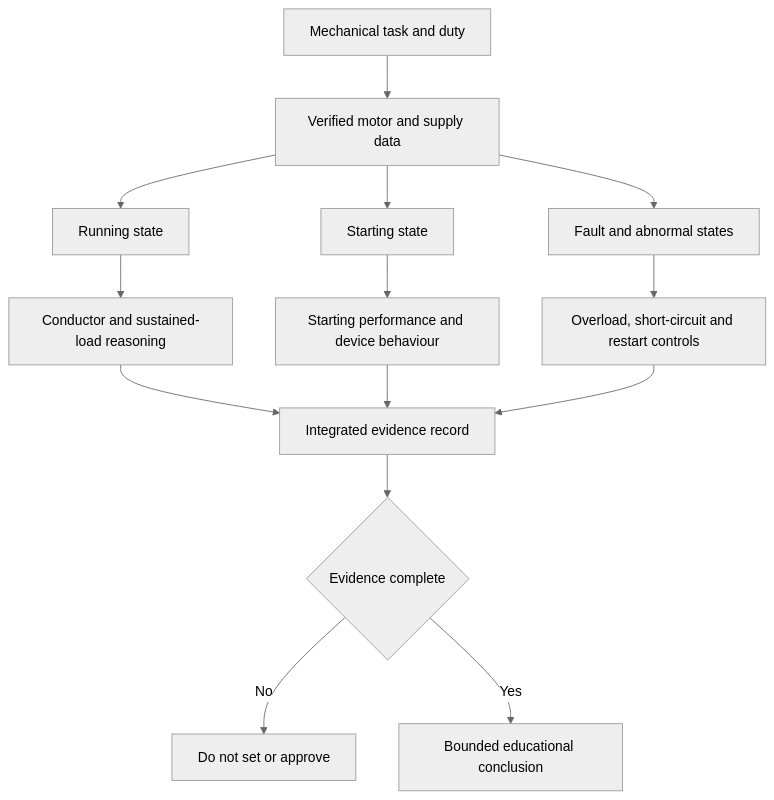
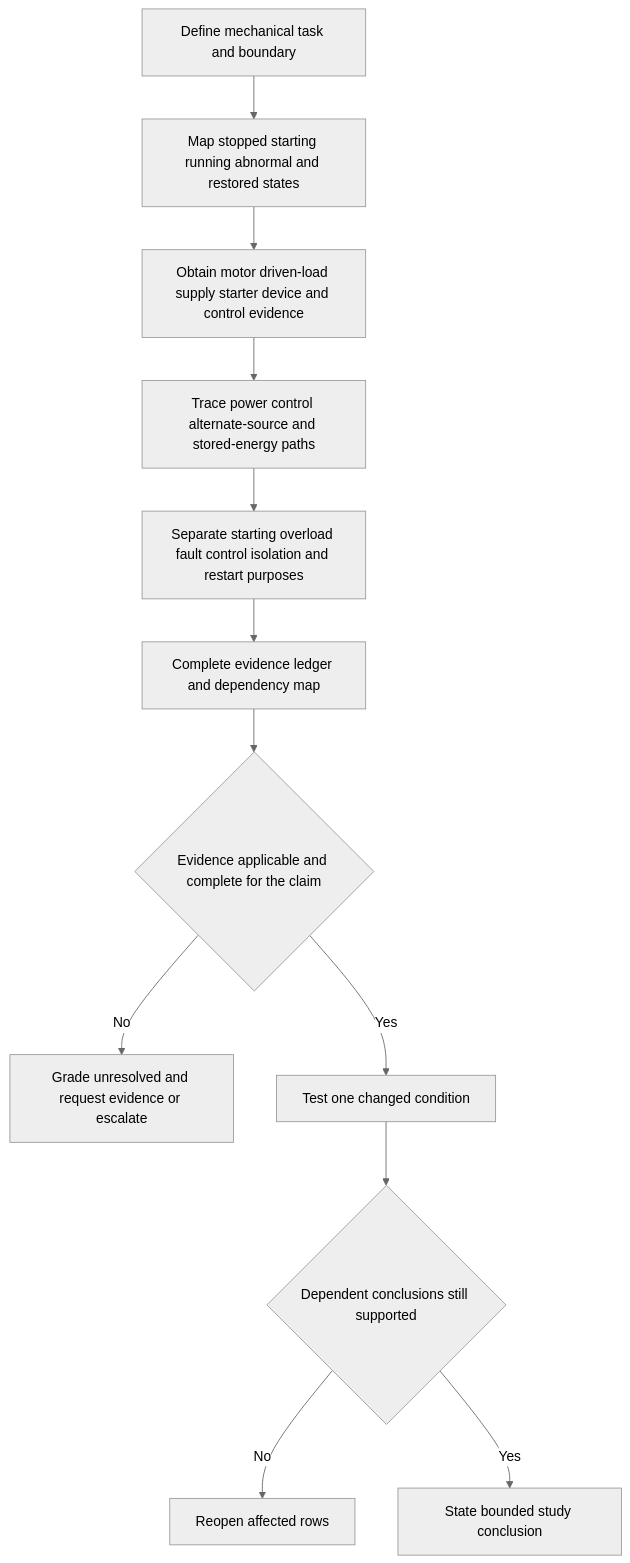
Before and after one commit to andrew3stedall/capstone: the first of 2 diagrams in docs/learning-plans/6-week/modules/day-32-motors-starting-conditions-and-associated-protection-concepts.md, drawn with Mermaid (neutral theme). The commit also changed other lines of this file and 4 other files, not shown here.

Commit message:
Improve Day 32 motor state and protection reasoning

````diff
--- a/docs/learning-plans/6-week/modules/day-32-motors-starting-conditions-and-associated-protection-concepts.md
+++ b/docs/learning-plans/6-week/modules/day-32-motors-starting-conditions-and-associated-protection-concepts.md
@@ -54,16 +114,14 @@
 ```mermaid
 flowchart TD
-    A[Mechanical task and duty] --> B[Verified motor and supply data]
-    B --> C[Running state]
-    B --> D[Starting state]
-    B --> E[Fault and abnormal states]
-    C --> F[Conductor and sustained-load reasoning]
-    D --> G[Starting performance and device behaviour]
-    E --> H[Overload, short-circuit and restart controls]
-    F --> I[Integrated evidence record]
-    G --> I
-    H --> I
-    I --> J{Evidence complete}
-    J -->|No| K[Do not set or approve]
-    J -->|Yes| L[Bounded educational conclusion]
+    A[Define mechanical task and boundary] --> B[Map stopped starting running abnormal and restored states]
+    B --> C[Obtain motor driven-load supply starter device and control evidence]
+    C --> D[Trace power control alternate-source and stored-energy paths]
+    D --> E[Separate starting overload fault control isolation and restart purposes]
+    E --> F[Complete evidence ledger and dependency map]
+    F --> G{Evidence applicable and complete for the claim}
+    G -->|No| H[Grade unresolved and request evidence or escalate]
+    G -->|Yes| I[Test one changed condition]
+    I --> J{Dependent conclusions still supported}
+    J -->|No| K[Reopen affected rows]
+    J -->|Yes| L[State bounded study conclusion]
 ```
````
